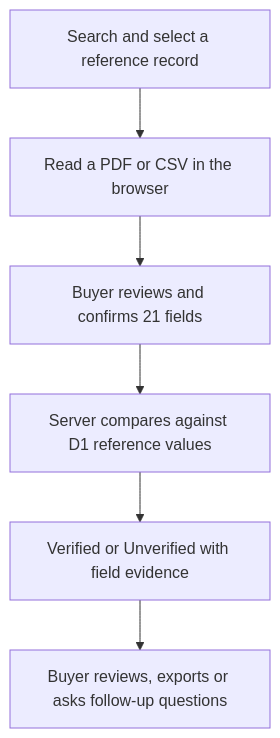
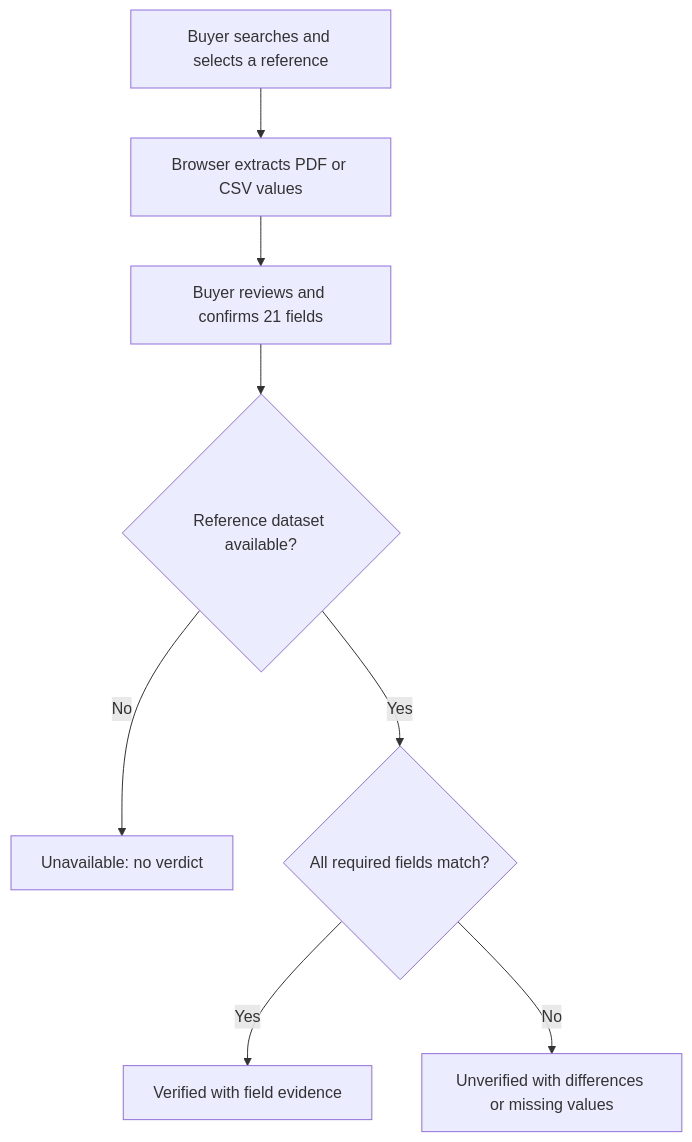
One commit to deepmitra2002/jomidarpan changed the diagram in README.md. Above: the diagram before and after it, drawn with Mermaid. The commit also changed other lines of this file and 27 other files, not shown here.

````diff
--- a/README.md
+++ b/README.md
@@ -77,8 +68,10 @@
 ```mermaid
 flowchart TD
-    A["Search and select a reference record"] --> B["Read a PDF or CSV in the browser"]
+    A["Buyer searches and selects a reference"] --> B["Browser extracts PDF or CSV values"]
     B --> C["Buyer reviews and confirms 21 fields"]
-    C --> D["Server compares against D1 reference values"]
-    D --> E["Verified or Unverified with field evidence"]
-    E --> F["Buyer reviews, exports or asks follow-up questions"]
+    C --> D{"Reference dataset available?"}
+    D -- No --> E["Unavailable: no verdict"]
+    D -- Yes --> F{"All required fields match?"}
+    F -- Yes --> G["Verified with field evidence"]
+    F -- No --> H["Unverified with differences or missing values"]
 ```
````
